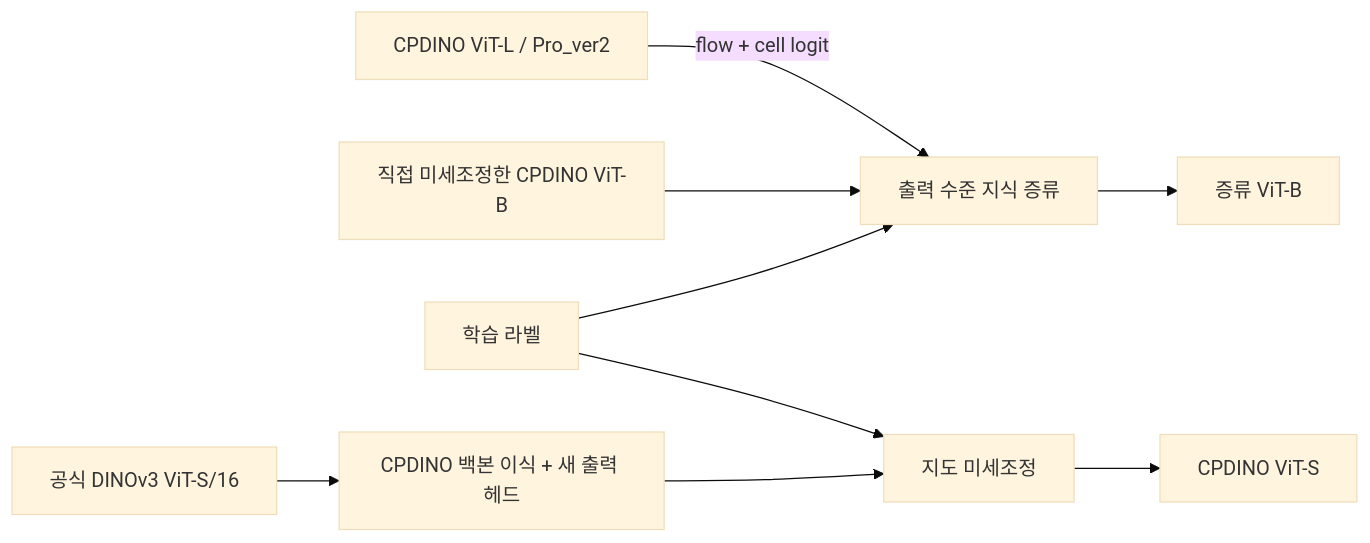
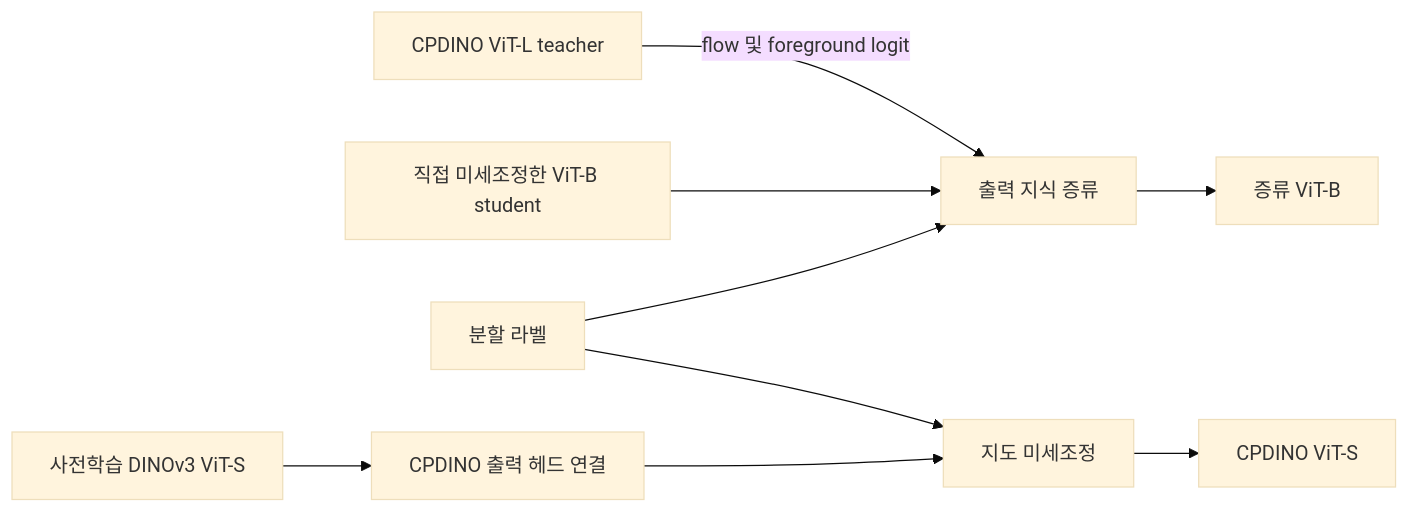
One commit to cyh5757/cpdino-compression-lab changed the diagram in README.md. Above: the diagram before and after it, drawn with Mermaid (base theme). The commit also changed other lines of this file and 10 other files, not shown here.

````diff
--- a/README.md
+++ b/README.md
@@ -11,11 +13,11 @@
 ```mermaid
 flowchart LR
-    L[CPDINO ViT-L / Pro_ver2] -->|flow + cell logit| KD[출력 수준 지식 증류]
-    B[직접 미세조정한 CPDINO ViT-B] --> KD
-    GT[학습 라벨] --> KD
+    L[CPDINO ViT-L teacher] -->|flow 및 foreground logit| KD[출력 지식 증류]
+    B[직접 미세조정한 ViT-B student] --> KD
+    GT[분할 라벨] --> KD
     KD --> DB[증류 ViT-B]
-    S[공식 DINOv3 ViT-S/16] --> AD[CPDINO 백본 이식 + 새 출력 헤드]
+    S[사전학습 DINOv3 ViT-S] --> AD[CPDINO 출력 헤드 연결]
     AD --> FT[지도 미세조정]
     GT --> FT
     FT --> CS[CPDINO ViT-S]
 ```
````
